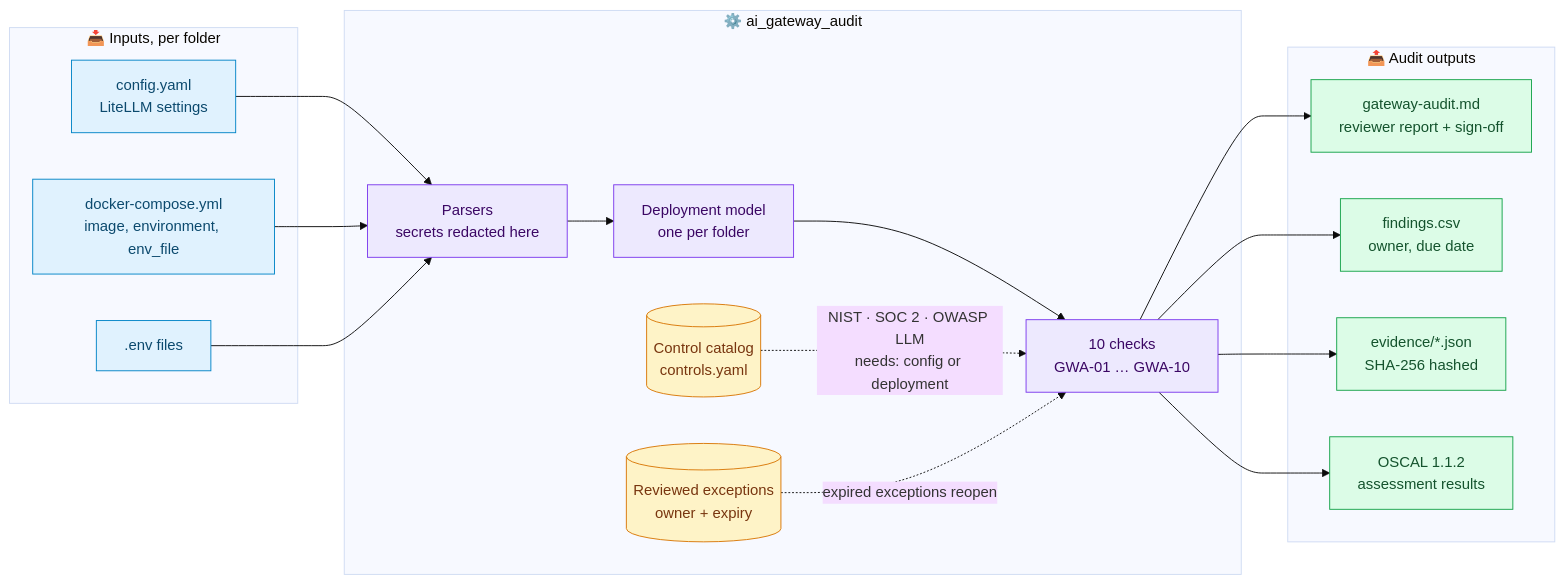
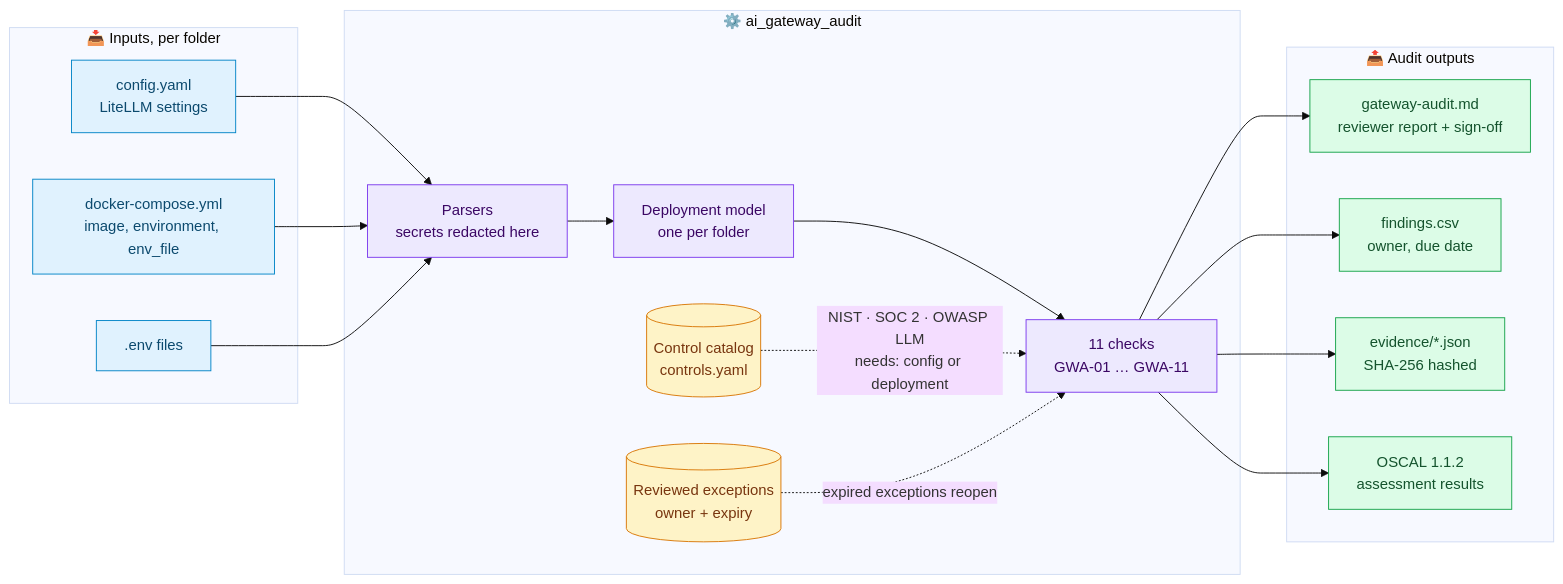
Before and after one commit to Mihirajmera/ai-gateway-audit: the second of 2 diagrams in README.md, drawn with Mermaid (base theme). The commit also changed other lines of this file and 12 other files, not shown here.

````diff
--- a/README.md
+++ b/README.md
@@ -73,34 +73,34 @@
 ```mermaid
 flowchart LR
     subgraph IN["📥 Inputs, per folder"]
         C["config.yaml<br/>LiteLLM settings"]
         D["docker-compose.yml<br/>image, environment, env_file"]
         E[".env files"]
     end
     subgraph CORE["⚙️ ai_gateway_audit"]
         P["Parsers<br/>secrets redacted here"]
         M["Deployment model<br/>one per folder"]
-        X["10 checks<br/>GWA-01 … GWA-10"]
+        X["11 checks<br/>GWA-01 … GWA-11"]
         K[("Control catalog<br/>controls.yaml")]
         XC[("Reviewed exceptions<br/>owner + expiry")]
     end
     subgraph OUT["📤 Audit outputs"]
         R["gateway-audit.md<br/>reviewer report + sign-off"]
         S["findings.csv<br/>owner, due date"]
         V["evidence/*.json<br/>SHA-256 hashed"]
         O["OSCAL 1.1.2<br/>assessment results"]
     end
     C & D & E --> P --> M --> X
     K -. "NIST · SOC 2 · OWASP LLM<br/>needs: config or deployment" .-> X
     XC -. "expired exceptions reopen" .-> X
     X --> R & S & V & O
 
     classDef input fill:#e0f2fe,stroke:#0284c7,color:#0c4a6e
     classDef core fill:#ede9fe,stroke:#7c3aed,color:#3b0764
     classDef data fill:#fef3c7,stroke:#d97706,color:#78350f
     classDef output fill:#dcfce7,stroke:#16a34a,color:#14532d
     class C,D,E input
     class P,M,X core
     class K,XC data
     class R,S,V,O output
 ```
````
